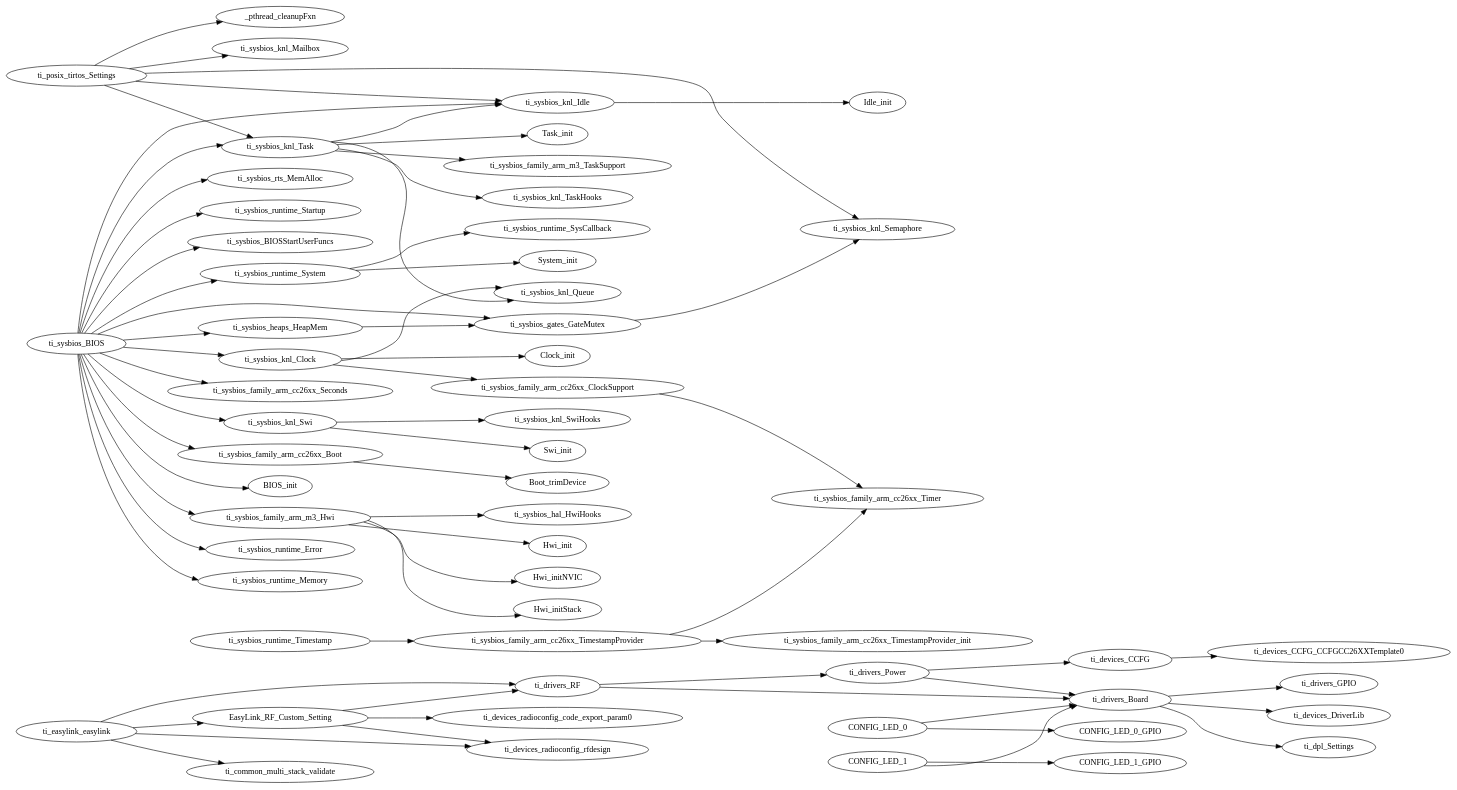
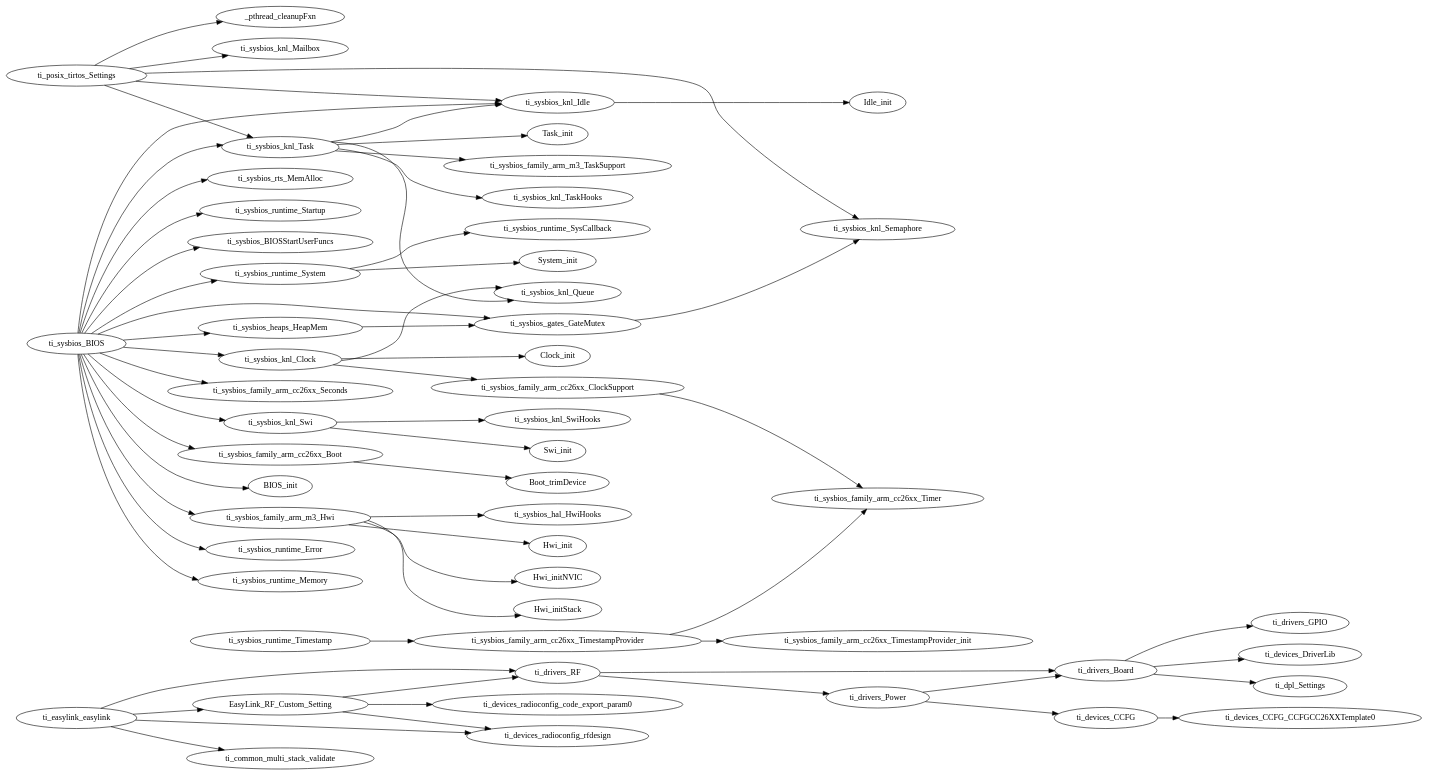
One commit to Mateus-Henr/Scientific-Initiation-Projects changed the diagram in MoveStructsRx/Debug/syscfg/ti_utils_runtime_model.gv. Above: the diagram before and after it, drawn with Graphviz. The commit also changed 73 other files, not shown here.

```diff
--- a/MoveStructsRx/Debug/syscfg/ti_utils_runtime_model.gv
+++ b/MoveStructsRx/Debug/syscfg/ti_utils_runtime_model.gv
@@ -1,156 +1,150 @@
 digraph Model
 {
     graph[rankdir=LR]
 
     // mod.$name=/ti/common/multi_stack_validate
 
     // mod.$name=/ti/devices/CCFG
     ti_devices_CCFG -> ti_devices_CCFG_CCFGCC26XXTemplate0
 
     // mod.$name=/ti/devices/CCFG/CCFGCC26XXTemplate
 
     // mod.$name=/ti/devices/DriverLib
 
     // mod.$name=/ti/devices/radioconfig/code_export_param
 
     // mod.$name=/ti/devices/radioconfig/rfdesign
 
     // mod.$name=/ti/devices/radioconfig/settings/prop
     EasyLink_RF_Custom_Setting -> ti_drivers_RF
     EasyLink_RF_Custom_Setting -> ti_devices_radioconfig_rfdesign
     EasyLink_RF_Custom_Setting -> ti_devices_radioconfig_code_export_param0
 
     // mod.$name=/ti/dpl/Settings
 
     // mod.$name=/ti/drivers/Board
     ti_drivers_Board -> ti_drivers_GPIO
     ti_drivers_Board -> ti_devices_DriverLib
     ti_drivers_Board -> ti_dpl_Settings
 
     // mod.$name=/ti/drivers/GPIO
 
     // mod.$name=/ti/drivers/Power
     ti_drivers_Power -> ti_devices_CCFG
     ti_drivers_Power -> ti_drivers_Board
 
     // mod.$name=/ti/drivers/RF
     ti_drivers_RF -> ti_drivers_Power
     ti_drivers_RF -> ti_drivers_Board
-
-    // mod.$name=/ti/drivers/apps/LED
-    CONFIG_LED_0 -> ti_drivers_Board
-    CONFIG_LED_1 -> ti_drivers_Board
-    CONFIG_LED_0 -> CONFIG_LED_0_GPIO
-    CONFIG_LED_1 -> CONFIG_LED_1_GPIO
 
     // mod.$name=/ti/easylink/easylink
     ti_easylink_easylink -> ti_drivers_RF
     ti_easylink_easylink -> ti_devices_radioconfig_rfdesign
     ti_easylink_easylink -> ti_common_multi_stack_validate
     ti_easylink_easylink -> EasyLink_RF_Custom_Setting
 
     // mod.$name=/ti/posix/tirtos/Settings
     ti_posix_tirtos_Settings -> ti_sysbios_knl_Mailbox
     ti_posix_tirtos_Settings -> ti_sysbios_knl_Task
     ti_posix_tirtos_Settings -> ti_sysbios_knl_Semaphore
     ti_posix_tirtos_Settings -> ti_sysbios_knl_Idle
     ti_posix_tirtos_Settings -> _pthread_cleanupFxn
 
     // mod.$name=/ti/sysbios/BIOS
     ti_sysbios_BIOS -> ti_sysbios_knl_Idle
     ti_sysbios_BIOS -> ti_sysbios_runtime_Error
     ti_sysbios_BIOS -> ti_sysbios_runtime_Memory
     ti_sysbios_BIOS -> ti_sysbios_rts_MemAlloc
     ti_sysbios_BIOS -> ti_sysbios_runtime_System
     ti_sysbios_BIOS -> ti_sysbios_runtime_Startup
     ti_sysbios_BIOS -> ti_sysbios_BIOSStartUserFuncs
     ti_sysbios_BIOS -> ti_sysbios_knl_Clock
     ti_sysbios_BIOS -> ti_sysbios_knl_Task
     ti_sysbios_BIOS -> ti_sysbios_knl_Swi
     ti_sysbios_BIOS -> ti_sysbios_heaps_HeapMem
     ti_sysbios_BIOS -> ti_sysbios_gates_GateMutex
     ti_sysbios_BIOS -> ti_sysbios_family_arm_cc26xx_Seconds
     ti_sysbios_BIOS -> ti_sysbios_family_arm_cc26xx_Boot
     ti_sysbios_BIOS -> ti_sysbios_family_arm_m3_Hwi
     ti_sysbios_BIOS -> BIOS_init
 
     // mod.$name=/ti/sysbios/BIOSStartUserFuncs
 
     // mod.$name=/ti/sysbios/family/arm/cc26xx/Boot
     ti_sysbios_family_arm_cc26xx_Boot -> Boot_trimDevice
 
     // mod.$name=/ti/sysbios/family/arm/cc26xx/ClockSupport
     ti_sysbios_family_arm_cc26xx_ClockSupport -> ti_sysbios_family_arm_cc26xx_Timer
 
     // mod.$name=/ti/sysbios/family/arm/cc26xx/Seconds
 
     // mod.$name=/ti/sysbios/family/arm/cc26xx/Timer
 
     // mod.$name=/ti/sysbios/family/arm/cc26xx/TimestampProvider
     ti_sysbios_family_arm_cc26xx_TimestampProvider -> ti_sysbios_family_arm_cc26xx_Timer
     ti_sysbios_family_arm_cc26xx_TimestampProvider -> ti_sysbios_family_arm_cc26xx_TimestampProvider_init
 
     // mod.$name=/ti/sysbios/family/arm/m3/Hwi
     ti_sysbios_family_arm_m3_Hwi -> ti_sysbios_hal_HwiHooks
     ti_sysbios_family_arm_m3_Hwi -> Hwi_init
     ti_sysbios_family_arm_m3_Hwi -> Hwi_initNVIC
     ti_sysbios_family_arm_m3_Hwi -> Hwi_initStack
 
     // mod.$name=/ti/sysbios/family/arm/m3/TaskSupport
 
     // mod.$name=/ti/sysbios/gates/GateMutex
     ti_sysbios_gates_GateMutex -> ti_sysbios_knl_Semaphore
 
     // mod.$name=/ti/sysbios/hal/HwiHooks
 
     // mod.$name=/ti/sysbios/heaps/HeapMem
     ti_sysbios_heaps_HeapMem -> ti_sysbios_gates_GateMutex
 
     // mod.$name=/ti/sysbios/knl/Clock
     ti_sysbios_knl_Clock -> ti_sysbios_family_arm_cc26xx_ClockSupport
     ti_sysbios_knl_Clock -> ti_sysbios_knl_Queue
     ti_sysbios_knl_Clock -> Clock_init
 
     // mod.$name=/ti/sysbios/knl/Event
 
     // mod.$name=/ti/sysbios/knl/Idle
     ti_sysbios_knl_Idle -> Idle_init
 
     // mod.$name=/ti/sysbios/knl/Mailbox
 
     // mod.$name=/ti/sysbios/knl/Queue
 
     // mod.$name=/ti/sysbios/knl/Semaphore
 
     // mod.$name=/ti/sysbios/knl/Swi
     ti_sysbios_knl_Swi -> ti_sysbios_knl_SwiHooks
     ti_sysbios_knl_Swi -> Swi_init
 
     // mod.$name=/ti/sysbios/knl/SwiHooks
 
     // mod.$name=/ti/sysbios/knl/Task
     ti_sysbios_knl_Task -> ti_sysbios_knl_Idle
     ti_sysbios_knl_Task -> ti_sysbios_family_arm_m3_TaskSupport
     ti_sysbios_knl_Task -> ti_sysbios_knl_TaskHooks
     ti_sysbios_knl_Task -> ti_sysbios_knl_Queue
     ti_sysbios_knl_Task -> Task_init
 
     // mod.$name=/ti/sysbios/knl/TaskHooks
 
     // mod.$name=/ti/sysbios/rts/MemAlloc
 
     // mod.$name=/ti/sysbios/runtime/Error
 
     // mod.$name=/ti/sysbios/runtime/Memory
 
     // mod.$name=/ti/sysbios/runtime/Startup
 
     // mod.$name=/ti/sysbios/runtime/SysCallback
 
     // mod.$name=/ti/sysbios/runtime/System
     ti_sysbios_runtime_System -> ti_sysbios_runtime_SysCallback
     ti_sysbios_runtime_System -> System_init
 
     // mod.$name=/ti/sysbios/runtime/Timestamp
     ti_sysbios_runtime_Timestamp -> ti_sysbios_family_arm_cc26xx_TimestampProvider
 }
```
